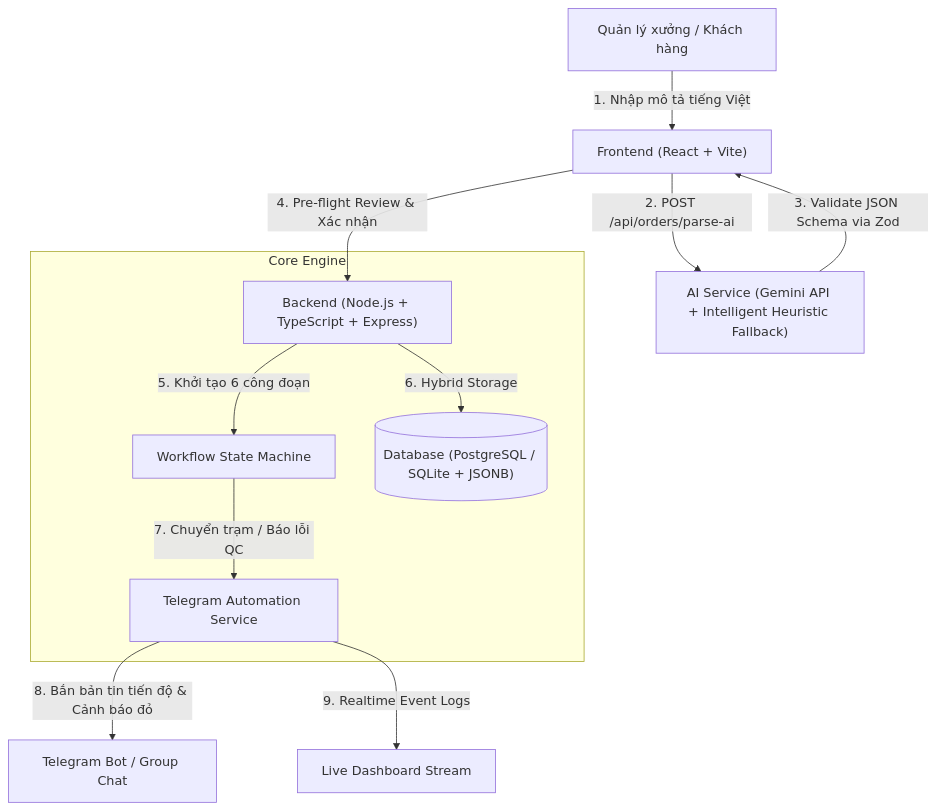
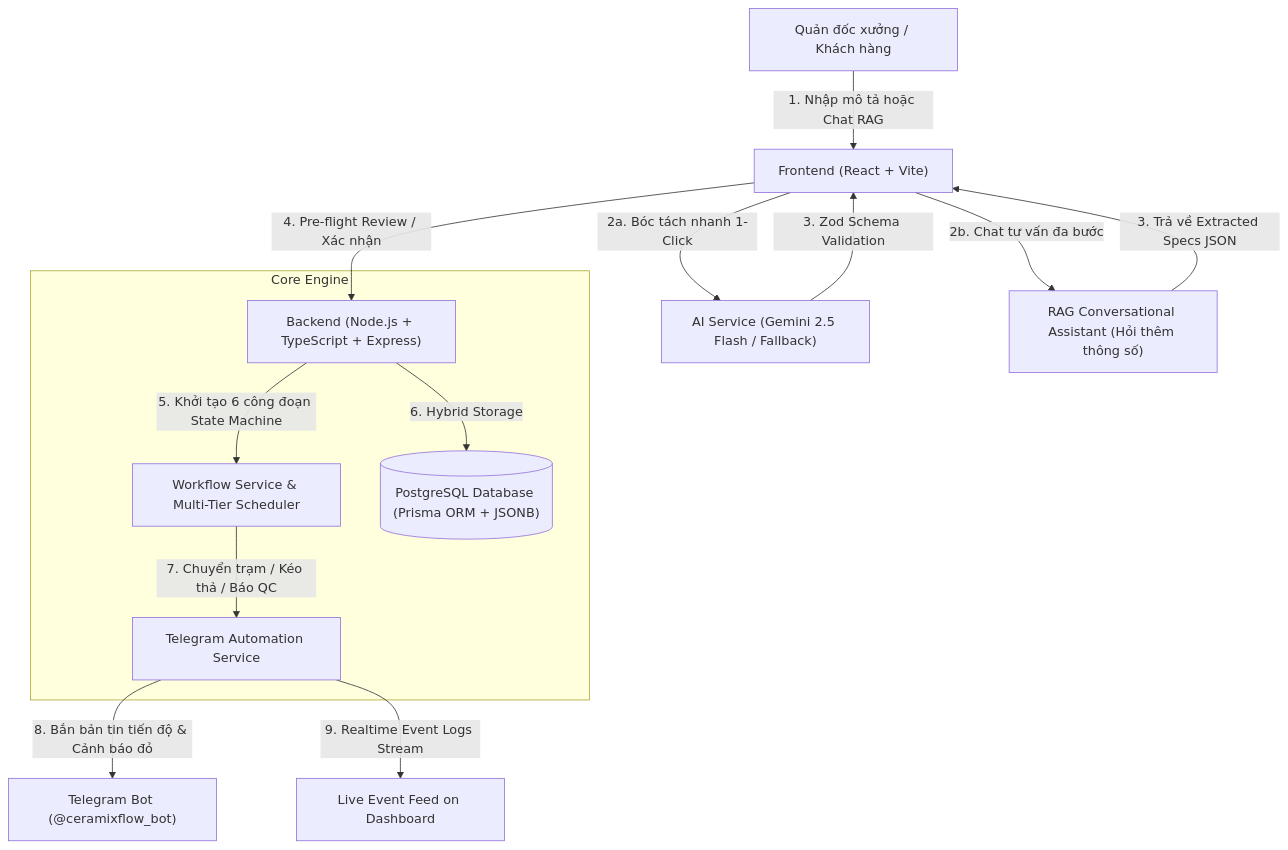
One commit to trongtin1/CeramixFlow changed the diagram in README.md. Above: the diagram before and after it, drawn with Mermaid. The commit also changed other lines of this file and 43 other files, not shown here.

Commit message:
feat: implement AI-driven order processing system with RAG chat and production dashboard support

````diff
--- a/README.md
+++ b/README.md
@@ -57,16 +53,21 @@
 ```mermaid
 flowchart TD
-    User["Quản lý xưởng / Khách hàng"] -->|1. Nhập mô tả tiếng Việt| UI["Frontend (React + Vite)"]
-    UI -->|2. POST /api/orders/parse-ai| AI["AI Service (Gemini API + Intelligent Heuristic Fallback)"]
-    AI -->|3. Validate JSON Schema via Zod| UI
-    UI -->|4. Pre-flight Review & Xác nhận| Backend["Backend (Node.js + TypeScript + Express)"]
+    User["Quản đốc xưởng / Khách hàng"] -->|1. Nhập mô tả hoặc Chat RAG| UI["Frontend (React + Vite)"]
+    
+    UI -->|2a. Bóc tách nhanh 1-Click| AIService["AI Service (Gemini 2.5 Flash / Fallback)"]
+    UI -->|2b. Chat tư vấn đa bước| RAGBot["RAG Conversational Assistant (Hỏi thêm thông số)"]
+    
+    AIService -->|3. Zod Schema Validation| UI
+    RAGBot -->|3. Trả về Extracted Specs JSON| UI
+    
+    UI -->|4. Pre-flight Review / Xác nhận| Backend["Backend (Node.js + TypeScript + Express)"]
     
     subgraph Core Engine
-        Backend -->|5. Khởi tạo 6 công đoạn| Workflow["Workflow State Machine"]
-        Backend -->|6. Hybrid Storage| DB[("Database (PostgreSQL / SQLite + JSONB)")]
-        Workflow -->|7. Chuyển trạm / Báo lỗi QC| Telegram["Telegram Automation Service"]
+        Backend -->|5. Khởi tạo 6 công đoạn State Machine| Workflow["Workflow Service & Multi-Tier Scheduler"]
+        Backend -->|6. Hybrid Storage| DB[("PostgreSQL Database (Prisma ORM + JSONB)")]
+        Workflow -->|7. Chuyển trạm / Kéo thả / Báo QC| Telegram["Telegram Automation Service"]
     end
 
-    Telegram -->|8. Bắn bản tin tiến độ & Cảnh báo đỏ| TGChannel["Telegram Bot / Group Chat"]
-    Telegram -->|9. Realtime Event Logs| LiveFeed["Live Dashboard Stream"]
+    Telegram -->|8. Bắn bản tin tiến độ & Cảnh báo đỏ| TGChannel["Telegram Bot (@ceramixflow_bot)"]
+    Telegram -->|9. Realtime Event Logs Stream| LiveFeed["Live Event Feed on Dashboard"]
 ```
````
